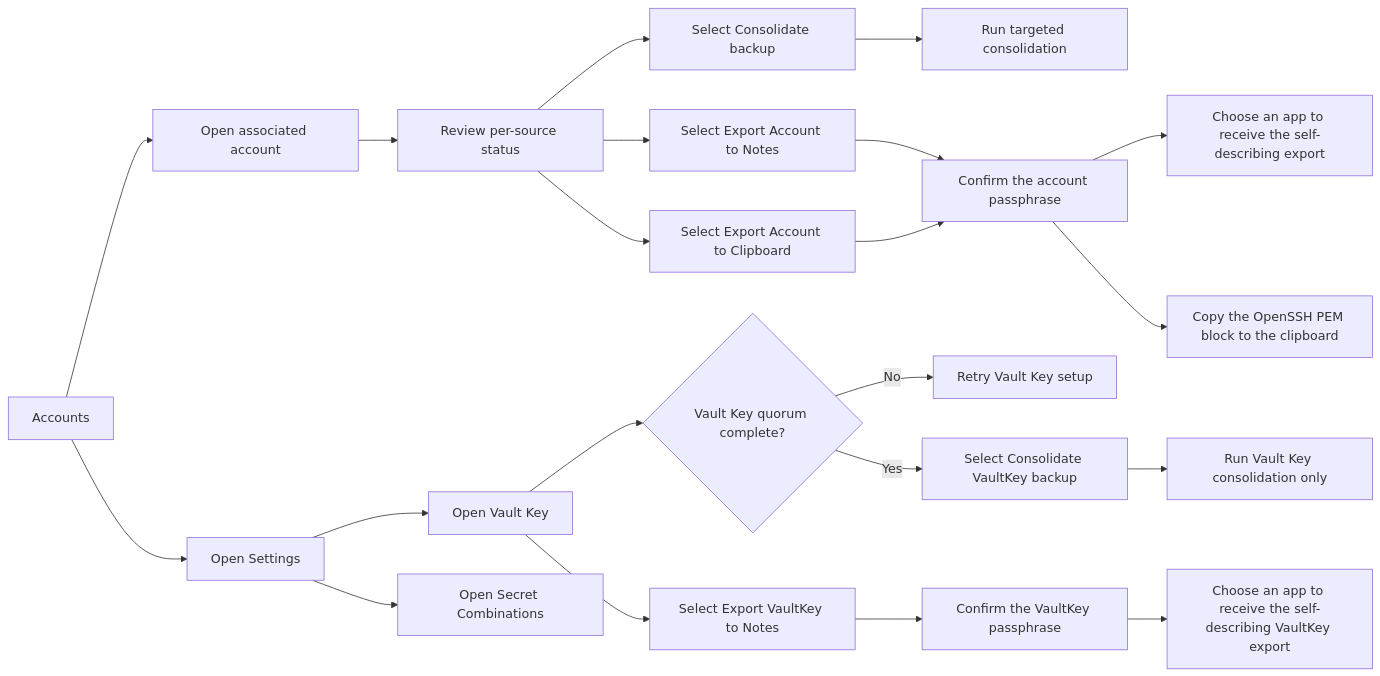
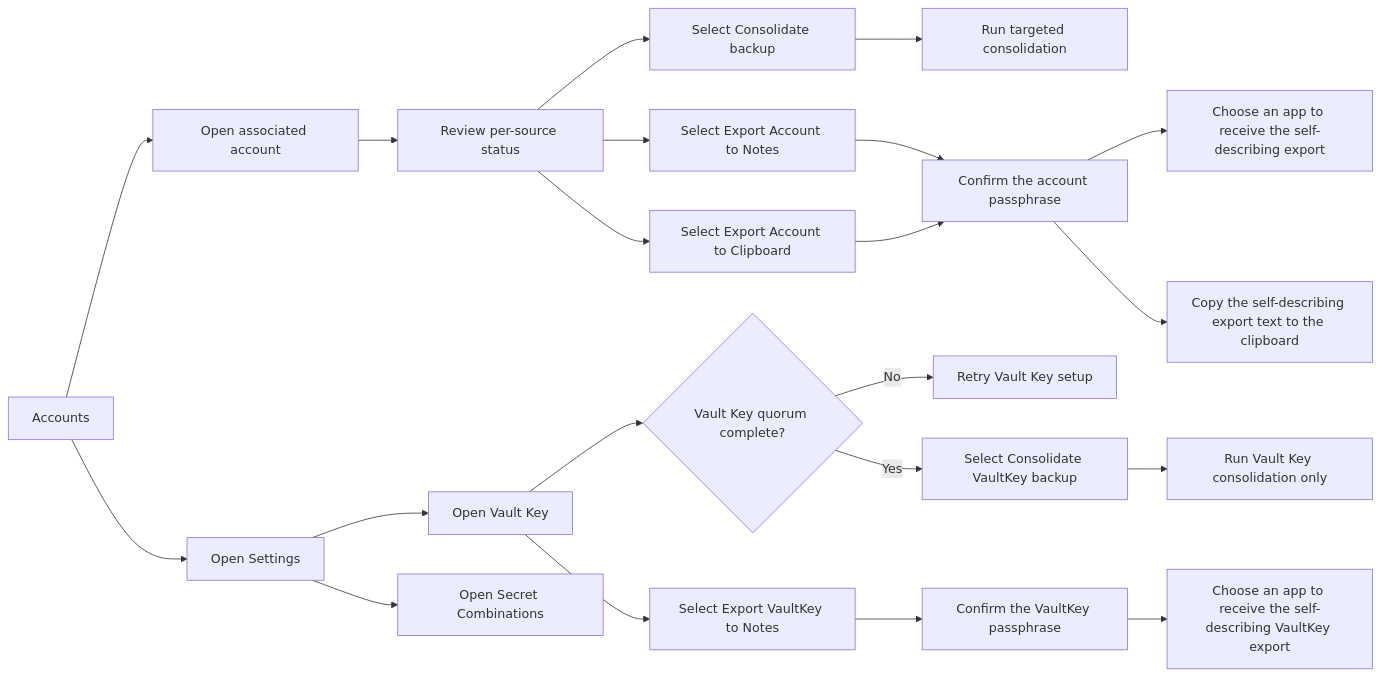
The sixth of 8 diagrams in docs/stakeholder/flowcharts.md (ZenTenApp/vault-kotlin), drawn with Mermaid before and after one commit. The commit also changed other lines of this file and 13 other files, not shown here.

First line of the commit message:
feat(accounts): share notes export text with clipboard and QR code

````diff
--- a/docs/stakeholder/flowcharts.md
+++ b/docs/stakeholder/flowcharts.md
@@ -241,23 +241,23 @@
 ```mermaid
 flowchart LR
     Accounts["Accounts"] --> Account["Open associated account"]
     Account --> Status["Review per-source status"]
     Status --> One["Select Consolidate backup"]
     One --> Targeted["Run targeted consolidation"]
     Status --> ExportNotes["Select Export Account to Notes"]
     ExportNotes --> ExportPassphrase["Confirm the account passphrase"]
     ExportPassphrase --> ExportPick["Choose an app to receive the self-describing export"]
     Status --> ExportClipboard["Select Export Account to Clipboard"]
     ExportClipboard --> ExportPassphrase
-    ExportPassphrase --> Clipboard["Copy the OpenSSH PEM block to the clipboard"]
+    ExportPassphrase --> Clipboard["Copy the self-describing export text to the clipboard"]
     Accounts --> Settings["Open Settings"]
     Settings --> VaultKey["Open Vault Key"]
     VaultKey --> VaultKeyState{"Vault Key quorum complete?"}
     VaultKeyState -->|No| Retry["Retry Vault Key setup"]
     VaultKeyState -->|Yes| All["Select Consolidate VaultKey backup"]
     All --> Full["Run Vault Key consolidation only"]
     VaultKey --> ExportVK["Select Export VaultKey to Notes"]
     ExportVK --> ExportVKPassphrase["Confirm the VaultKey passphrase"]
     ExportVKPassphrase --> ExportVKPick["Choose an app to receive the self-describing VaultKey export"]
     Settings --> SecretCombos["Open Secret Combinations"]
 ```
````
